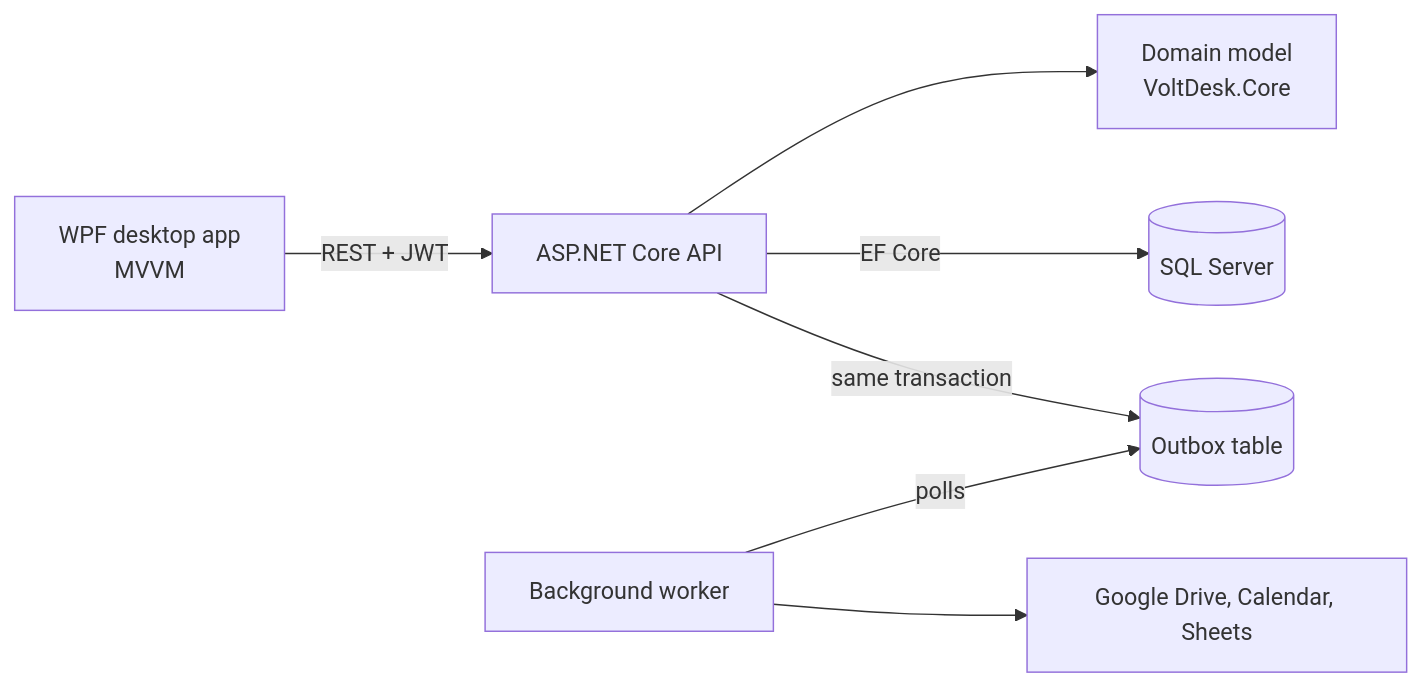
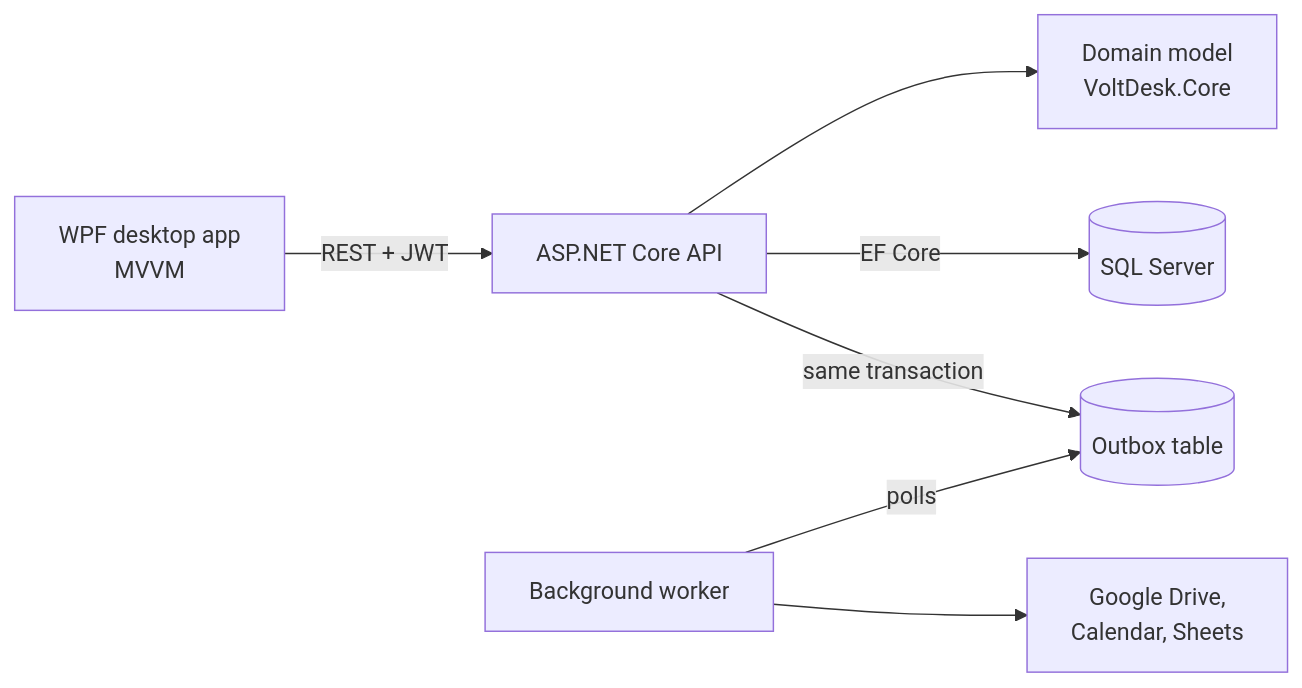
The diagram in README.md (kyrylo-papuk/VoltDesk), drawn with Mermaid before and after one commit. The commit also changed other lines of this file and 6 other files, not shown here.

````diff
--- a/README.md
+++ b/README.md
@@ -69,9 +119,9 @@
 ```mermaid
 flowchart LR
     Desktop["WPF desktop app<br/>MVVM"] -- "REST + JWT" --> Api["ASP.NET Core API"]
     Api --> Core["Domain model<br/>VoltDesk.Core"]
     Api -- "EF Core" --> Db[("SQL Server")]
     Api -- "same transaction" --> Outbox[("Outbox table")]
     Worker["Background worker"] -- "polls" --> Outbox
-    Worker --> Google["Google Drive, Calendar, Sheets"]
+    Worker --> Google["Google Drive,<br/>Calendar, Sheets"]
 ```
````
